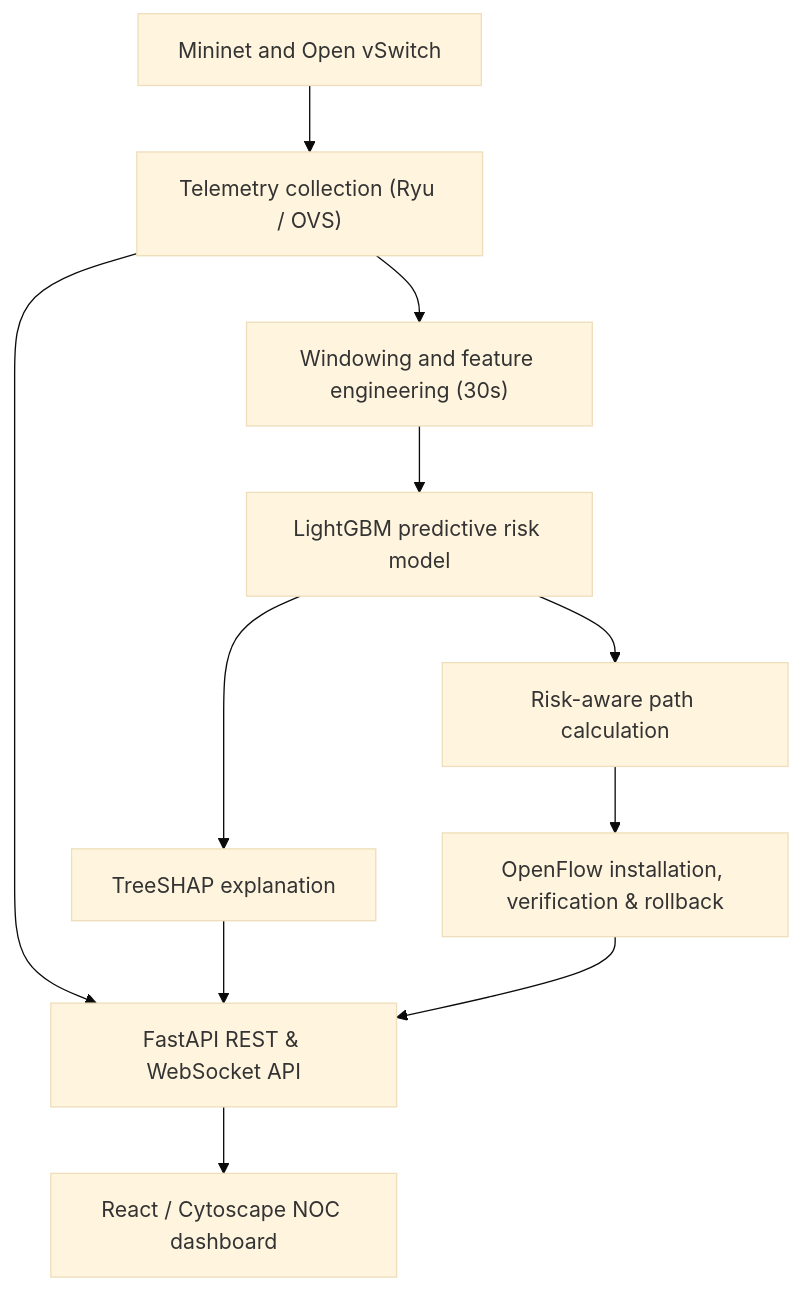
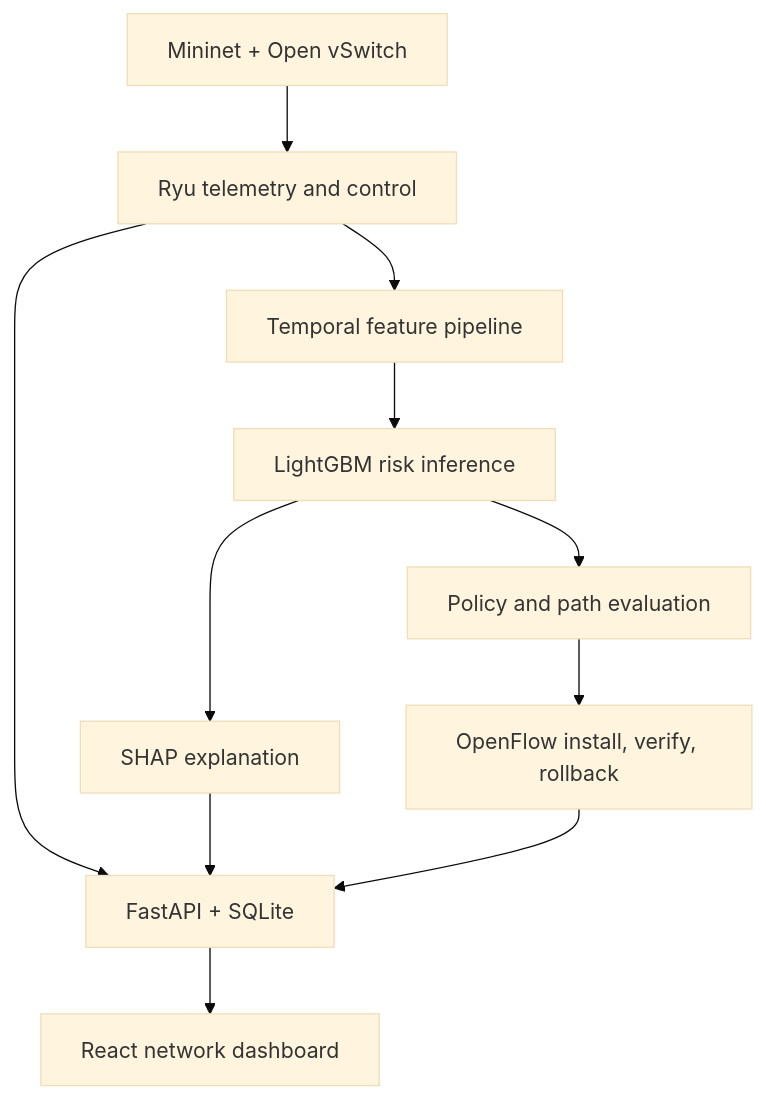
The first of 2 diagrams in README.md (anushka06onu/ResiliNet), drawn with Mermaid (base theme) before and after one commit. The commit also changed other lines of this file, not shown here.

````diff
--- a/README.md
+++ b/README.md
@@ -32,13 +46,13 @@
 ```mermaid
 flowchart TD
-    A["Mininet and Open vSwitch"] --> B["Telemetry collection (Ryu / OVS)"]
-    B --> C["Windowing and feature engineering (30s)"]
-    C --> D["LightGBM predictive risk model"]
-    D --> E["TreeSHAP explanation"]
-    D --> F["Risk-aware path calculation"]
-    F --> G["OpenFlow installation, verification & rollback"]
-    B --> H["FastAPI REST & WebSocket API"]
+    A["Mininet + Open vSwitch"] --> B["Ryu telemetry and control"]
+    B --> C["Temporal feature pipeline"]
+    C --> D["LightGBM risk inference"]
+    D --> E["SHAP explanation"]
+    D --> F["Policy and path evaluation"]
+    F --> G["OpenFlow install, verify, rollback"]
+    B --> H["FastAPI + SQLite"]
     E --> H
     G --> H
-    H --> I["React / Cytoscape NOC dashboard"]
+    H --> I["React network dashboard"]
 ```
````
